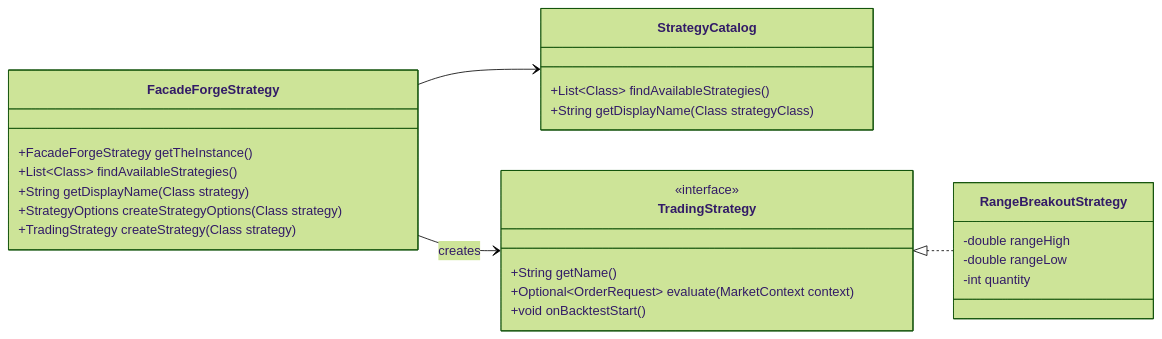
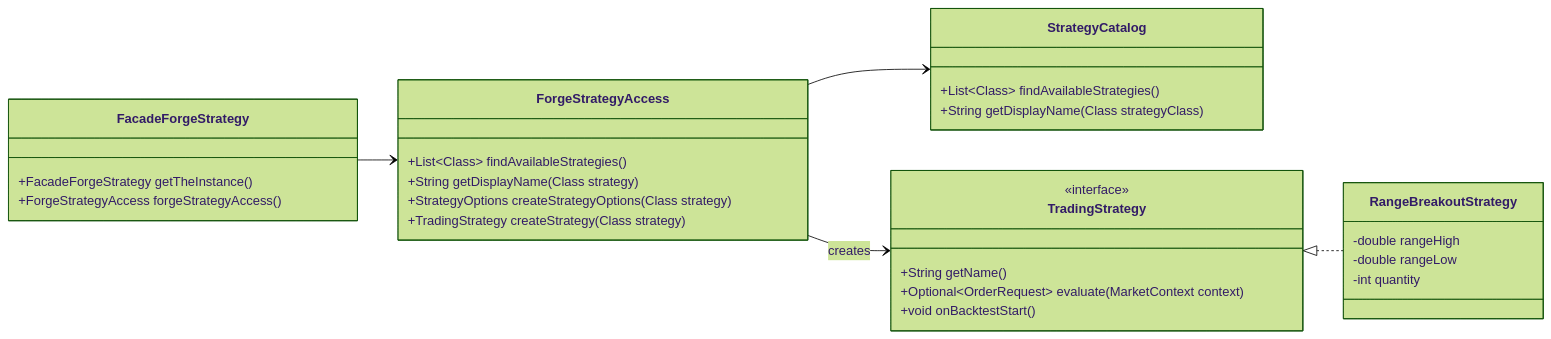
Before and after one commit to probst-paul/FORGE: the sixth of 13 diagrams in class-model.md, drawn with Mermaid (forest theme). The commit also changed other lines of this file and 16 other files, not shown here.

First line of the commit message:
Add Forge*Access facades and refactor facades

````diff
--- a/class-model.md
+++ b/class-model.md
@@ -298,34 +321,39 @@
 ```mermaid
 classDiagram
     direction LR
 
     class FacadeForgeStrategy {
         +FacadeForgeStrategy getTheInstance()
+        +ForgeStrategyAccess forgeStrategyAccess()
+    }
+
+    class ForgeStrategyAccess {
         +List~Class~ findAvailableStrategies()
         +String getDisplayName(Class strategy)
         +StrategyOptions createStrategyOptions(Class strategy)
         +TradingStrategy createStrategy(Class strategy)
     }
 
     class StrategyCatalog {
         +List~Class~ findAvailableStrategies()
         +String getDisplayName(Class strategyClass)
     }
 
     class TradingStrategy {
         <<interface>>
         +String getName()
         +Optional~OrderRequest~ evaluate(MarketContext context)
         +void onBacktestStart()
     }
 
     class RangeBreakoutStrategy {
         -double rangeHigh
         -double rangeLow
         -int quantity
     }
 
-    FacadeForgeStrategy --> StrategyCatalog
-    FacadeForgeStrategy --> TradingStrategy : creates
+    FacadeForgeStrategy --> ForgeStrategyAccess
+    ForgeStrategyAccess --> StrategyCatalog
+    ForgeStrategyAccess --> TradingStrategy : creates
     TradingStrategy <|.. RangeBreakoutStrategy
 ```
````
